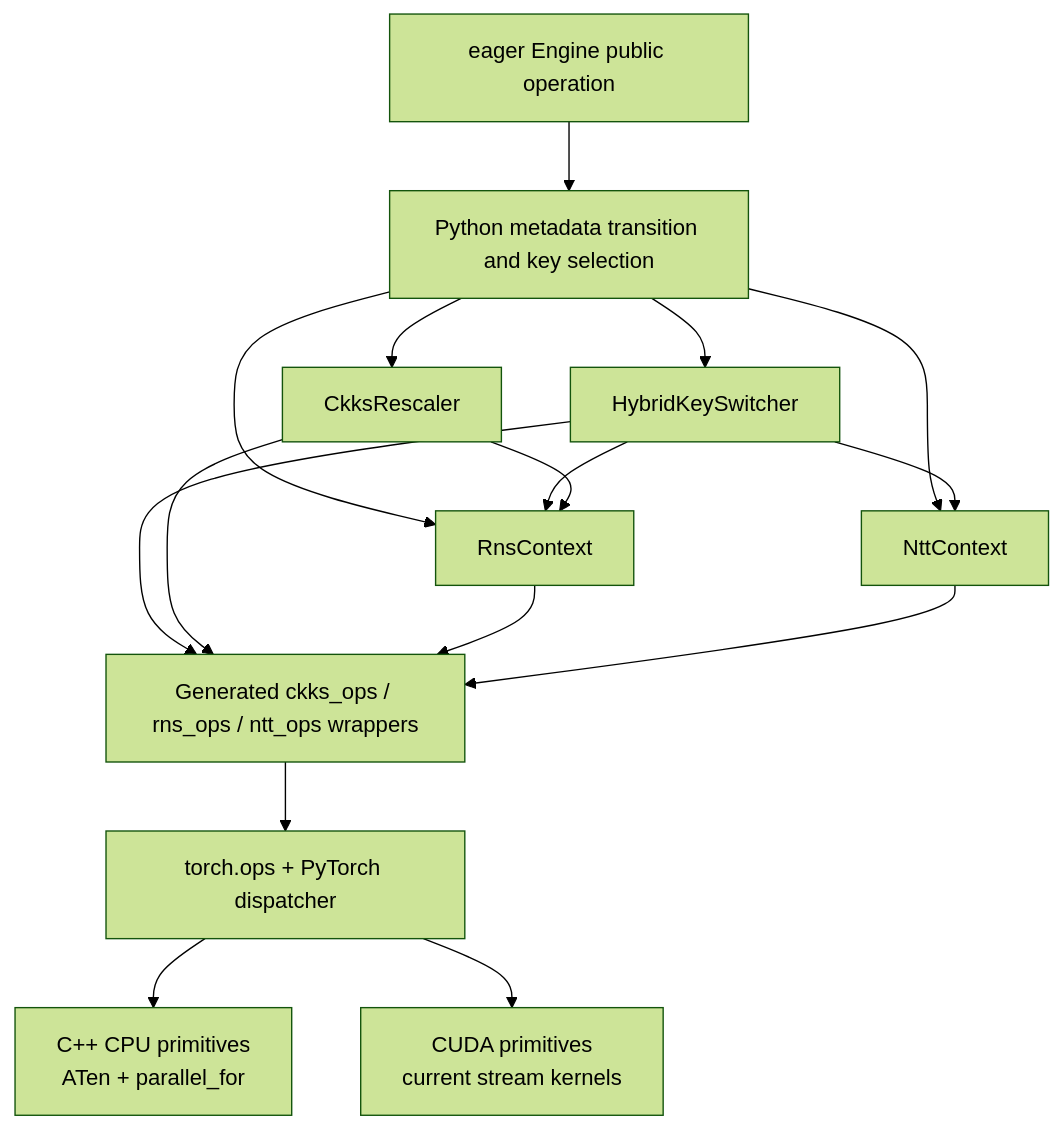
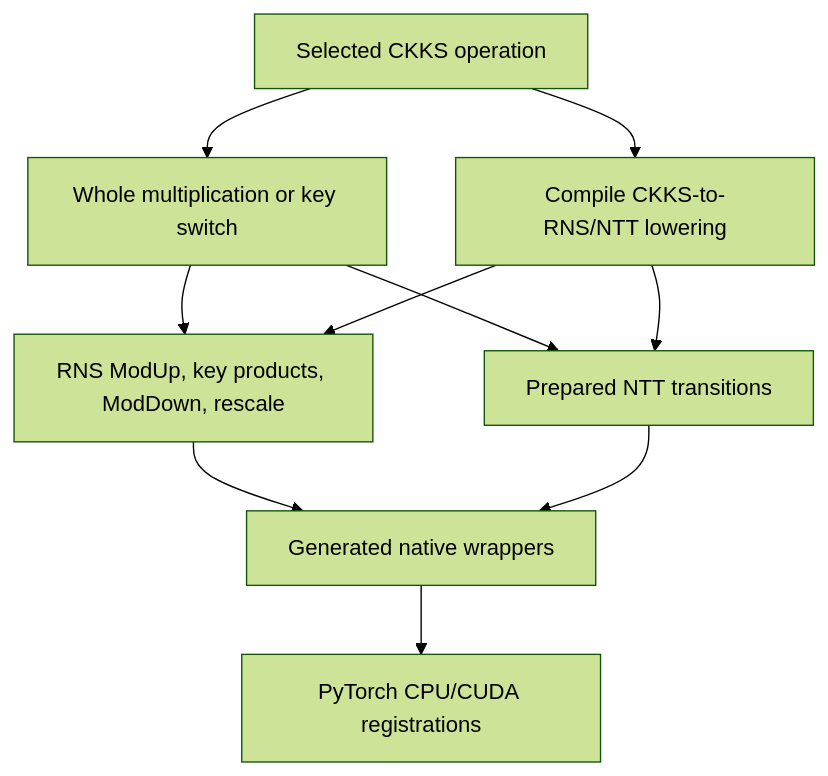
Before and after one commit to visualDust/fhelium: the first of 7 diagrams in docs/developer/multiplication-keyswitch-rescale.md, drawn with Mermaid (forest theme). The commit also changed other lines of this file and 426 other files, not shown here.

````diff
--- a/docs/developer/multiplication-keyswitch-rescale.md
+++ b/docs/developer/multiplication-keyswitch-rescale.md
@@ -10,28 +7,18 @@
 ```mermaid
 graph TB
-    API[eager Engine public operation]
-    STATE[Python metadata transition and key selection]
-    KS[HybridKeySwitcher]
-    RS[CkksRescaler]
-    RNS[RnsContext]
-    NTT[NttContext]
-    WRAP[Generated ckks_ops / rns_ops / ntt_ops wrappers]
-    DISP[torch.ops + PyTorch dispatcher]
-    CPU[C++ CPU primitives<br/>ATen + parallel_for]
-    CUDA[CUDA primitives<br/>current stream kernels]
-
-    API --> STATE
-    STATE --> KS
-    STATE --> RS
-    STATE --> RNS
-    STATE --> NTT
-    KS --> RNS
-    KS --> NTT
-    RS --> RNS
-    KS --> WRAP
-    RS --> WRAP
-    RNS --> WRAP
-    NTT --> WRAP --> DISP
-    DISP --> CPU
-    DISP --> CUDA
+    OP[Selected CKKS operation]
+    WHOLE[Whole multiplication or key switch]
+    LOWER[Compile CKKS-to-RNS/NTT lowering]
+    RNS[RNS ModUp, key products, ModDown, rescale]
+    NTT[Prepared NTT transitions]
+    WRAP[Generated native wrappers]
+    DEVICE[PyTorch CPU/CUDA registrations]
+    OP --> WHOLE
+    OP --> LOWER
+    WHOLE --> RNS
+    WHOLE --> NTT
+    LOWER --> RNS
+    LOWER --> NTT
+    RNS --> WRAP --> DEVICE
+    NTT --> WRAP
 ```
````
